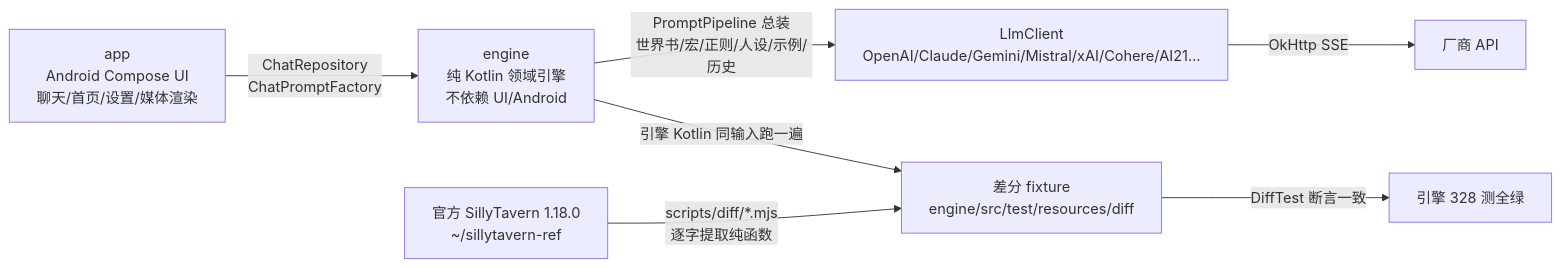
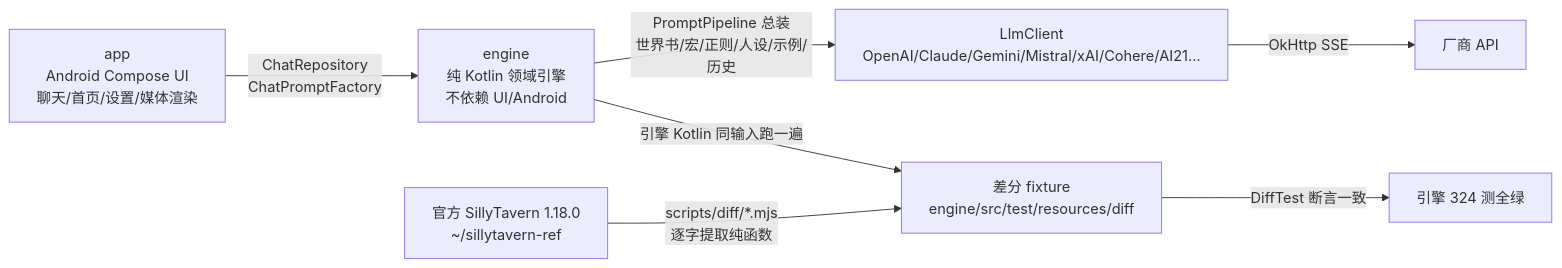
One commit to heikeyangle-code/ember-inn changed the diagram in docs/HANDOFF.md. Above: the diagram before and after it, drawn with Mermaid. The commit also changed other lines of this file, not shown here.

````diff
--- a/docs/HANDOFF.md
+++ b/docs/HANDOFF.md
@@ -7,9 +7,9 @@
 ```mermaid
 flowchart LR
  A[app<br/>Android Compose UI<br/>聊天/首页/设置/媒体渲染] -->|ChatRepository<br/>ChatPromptFactory| B[engine<br/>纯 Kotlin 领域引擎<br/>不依赖 UI/Android]
  B -->|PromptPipeline 总装<br/>世界书/宏/正则/人设/示例/历史| C[LlmClient<br/>OpenAI/Claude/Gemini/Mistral/xAI/Cohere/AI21…]
  C -->|OkHttp SSE| D[厂商 API]
  E[官方 SillyTavern 1.18.0<br/>~/sillytavern-ref] -->|scripts/diff/*.mjs<br/>逐字提取纯函数| F[差分 fixture<br/>engine/src/test/resources/diff]
  B -->|引擎 Kotlin 同输入跑一遍| F
- F -->|DiffTest 断言一致| G[引擎 328 测全绿]
+ F -->|DiffTest 断言一致| G[引擎 324 测全绿]
 ```
````
